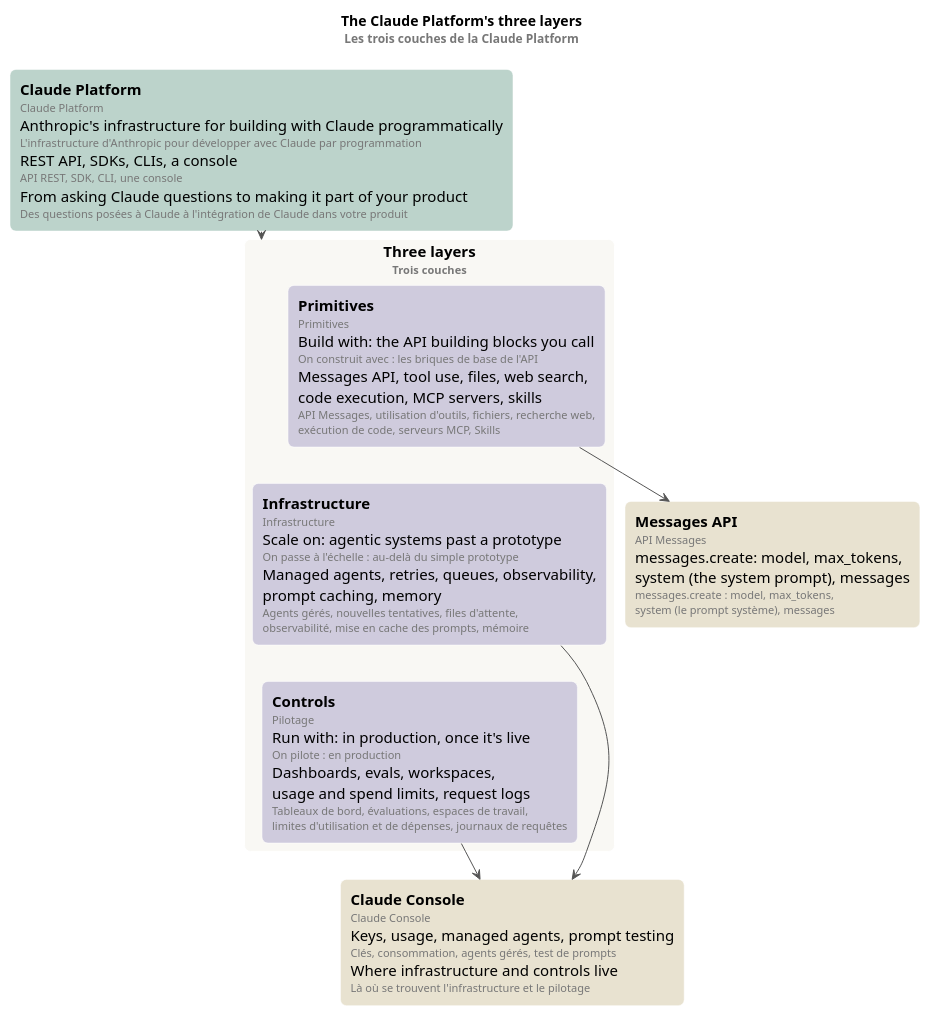
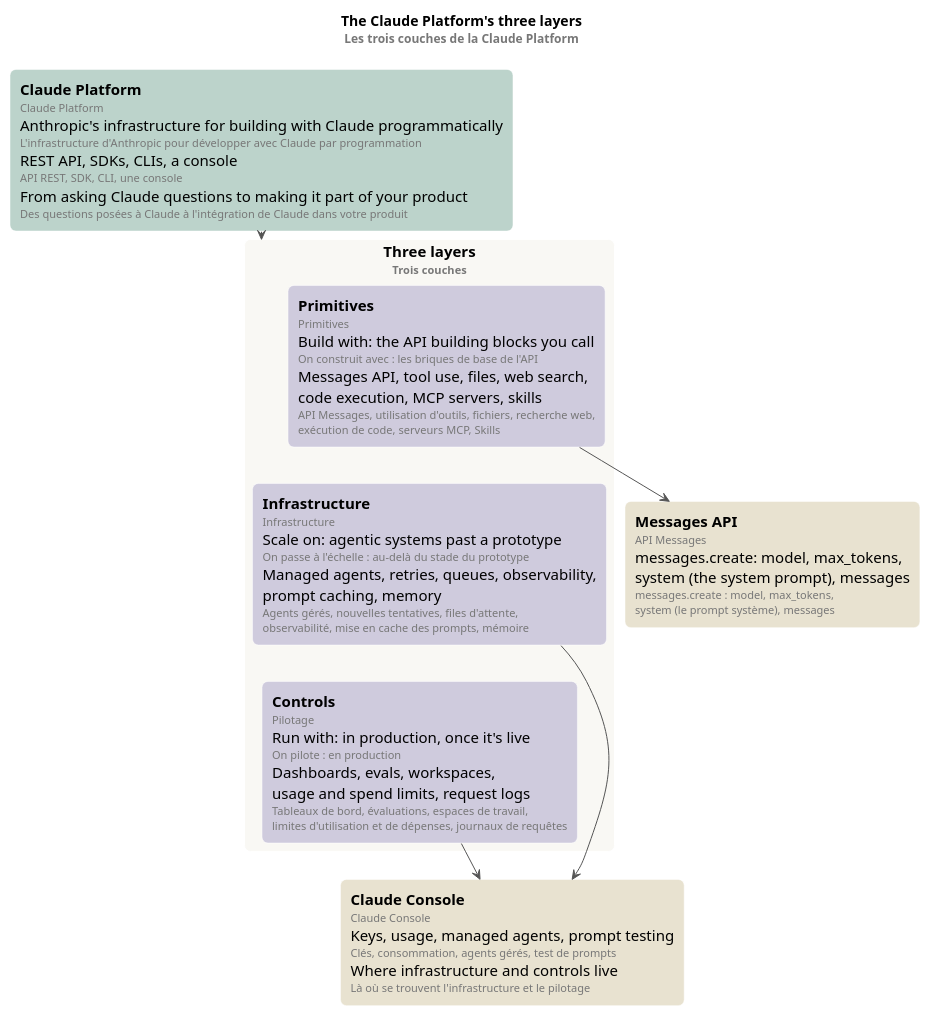
One commit to ltruchot/anthropic-academy-ai-glossary changed the diagram in 05-claude-platform-101/mindmap/three-layers.puml. Above: the diagram before and after it, drawn with PlantUML. The commit also changed 2 other files, not shown here.

Commit message:
docs: three-layers map, « au-delà du stade du prototype »

```diff
--- a/05-claude-platform-101/mindmap/three-layers.puml
+++ b/05-claude-platform-101/mindmap/three-layers.puml
@@ -1,42 +1,42 @@
 @startuml three-layers
 ' Render: java -jar plantuml.jar -tsvg three-layers.puml (smetana: no Graphviz needed).
 !pragma layout smetana
 
 skinparam defaultFontName Helvetica
 skinparam shadowing false
 skinparam roundCorner 12
 skinparam ArrowColor #555555
 skinparam rectangle {
   BorderColor #FFFFFF
   FontSize 15
 }
 <style>
 rectangle {
   MinimumWidth 230
 }
 </style>
 
 title The Claude Platform's three layers\n<size:12><color:#777>Les trois couches de la Claude Platform</color></size>
 
 rectangle "**Claude Platform**\n<size:11><color:#777>Claude Platform</color></size>\nAnthropic's infrastructure for building with Claude programmatically\n<size:11><color:#777>L'infrastructure d'Anthropic pour développer avec Claude par programmation</color></size>\nREST API, SDKs, CLIs, a console\n<size:11><color:#777>API REST, SDK, CLI, une console</color></size>\nFrom asking Claude questions to making it part of your product\n<size:11><color:#777>Des questions posées à Claude à l'intégration de Claude dans votre produit</color></size>" as CP #BCD3CB
 
 rectangle "**Three layers**\n<size:11><color:#777>Trois couches</color></size>" as THREE #F9F8F4 {
   rectangle "**Primitives**\n<size:11><color:#777>Primitives</color></size>\nBuild with: the API building blocks you call\n<size:11><color:#777>On construit avec : les briques de base de l'API</color></size>\nMessages API, tool use, files, web search,\ncode execution, MCP servers, skills\n<size:11><color:#777>API Messages, utilisation d'outils, fichiers, recherche web,</color></size>\n<size:11><color:#777>exécution de code, serveurs MCP, Skills</color></size>" as PR #CFCBDD
-  rectangle "**Infrastructure**\n<size:11><color:#777>Infrastructure</color></size>\nScale on: agentic systems past a prototype\n<size:11><color:#777>On passe à l'échelle : au-delà du simple prototype</color></size>\nManaged agents, retries, queues, observability,\nprompt caching, memory\n<size:11><color:#777>Agents gérés, nouvelles tentatives, files d'attente,</color></size>\n<size:11><color:#777>observabilité, mise en cache des prompts, mémoire</color></size>" as IN #CFCBDD
+  rectangle "**Infrastructure**\n<size:11><color:#777>Infrastructure</color></size>\nScale on: agentic systems past a prototype\n<size:11><color:#777>On passe à l'échelle : au-delà du stade du prototype</color></size>\nManaged agents, retries, queues, observability,\nprompt caching, memory\n<size:11><color:#777>Agents gérés, nouvelles tentatives, files d'attente,</color></size>\n<size:11><color:#777>observabilité, mise en cache des prompts, mémoire</color></size>" as IN #CFCBDD
   rectangle "**Controls**\n<size:11><color:#777>Pilotage</color></size>\nRun with: in production, once it's live\n<size:11><color:#777>On pilote : en production</color></size>\nDashboards, evals, workspaces,\nusage and spend limits, request logs\n<size:11><color:#777>Tableaux de bord, évaluations, espaces de travail,</color></size>\n<size:11><color:#777>limites d'utilisation et de dépenses, journaux de requêtes</color></size>" as CO #CFCBDD
 }
 
 rectangle "**Messages API**\n<size:11><color:#777>API Messages</color></size>\nmessages.create: model, max_tokens,\nsystem (the system prompt), messages\n<size:11><color:#777>messages.create : model, max_tokens,</color></size>\n<size:11><color:#777>system (le prompt système), messages</color></size>" as MA #E8E2D0
 
 rectangle "**Claude Console**\n<size:11><color:#777>Claude Console</color></size>\nKeys, usage, managed agents, prompt testing\n<size:11><color:#777>Clés, consommation, agents gérés, test de prompts</color></size>\nWhere infrastructure and controls live\n<size:11><color:#777>Là où se trouvent l'infrastructure et le pilotage</color></size>" as CON #E8E2D0
 
 ' The course's order, top to bottom.
 PR -[hidden]down- IN
 IN -[hidden]down- CO
 
 CP --> THREE
 PR --> MA
 IN --> CON
 CO --> CON
 
 @enduml
```
